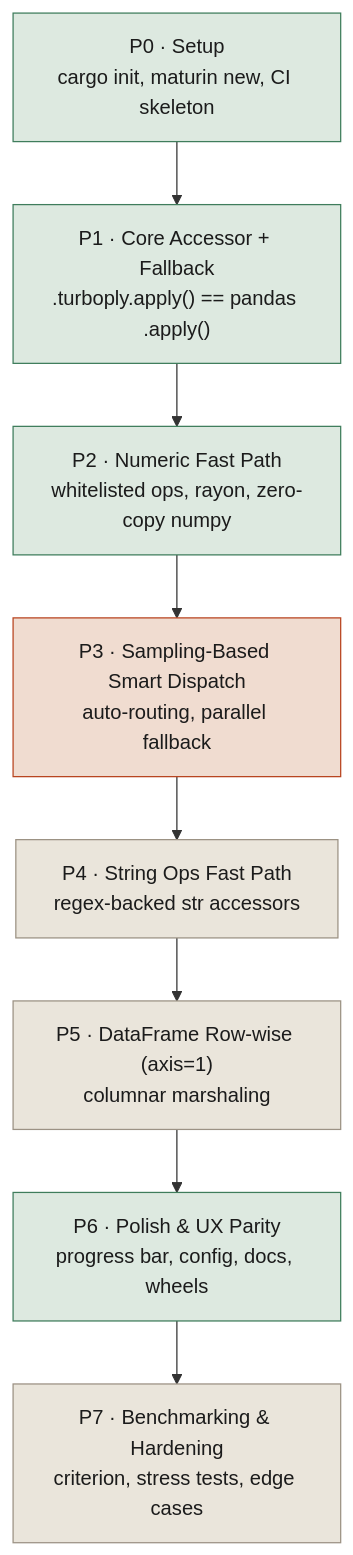
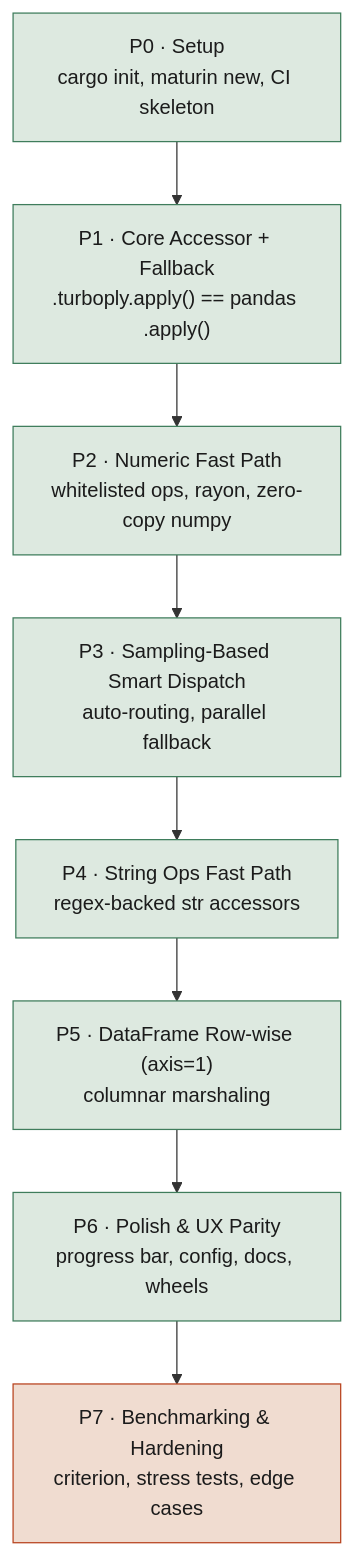
Before and after one commit to P-Sudhakar-tech/FastApply: the diagram in claude.md, drawn with Mermaid. The commit also changed other lines of this file and 10 other files, not shown here.

````diff
--- a/claude.md
+++ b/claude.md
@@ -98,18 +104,17 @@
 ```mermaid
 flowchart TD
     P0["P0 · Setup\ncargo init, maturin new, CI skeleton"] --> P1
     P1["P1 · Core Accessor + Fallback\n.turboply.apply() == pandas .apply()"] --> P2
     P2["P2 · Numeric Fast Path\nwhitelisted ops, rayon, zero-copy numpy"] --> P3
     P3["P3 · Sampling-Based Smart Dispatch\nauto-routing, parallel fallback"] --> P4
     P4["P4 · String Ops Fast Path\nregex-backed str accessors"] --> P5
     P5["P5 · DataFrame Row-wise (axis=1)\ncolumnar marshaling"] --> P6
     P6["P6 · Polish & UX Parity\nprogress bar, config, docs, wheels"] --> P7
     P7["P7 · Benchmarking & Hardening\ncriterion, stress tests, edge cases"]
 
     classDef done fill:#dde9e0,stroke:#3f7d5c,color:#1b1b1b;
     classDef next fill:#f0dcd0,stroke:#b8441f,color:#1b1b1b;
     classDef planned fill:#eae5db,stroke:#9c9284,color:#1b1b1b;
-    class P0,P1,P2,P6 done;
-    class P3 next;
-    class P4,P5,P7 planned;
+    class P0,P1,P2,P3,P4,P5,P6 done;
+    class P7 next;
 ```
````
